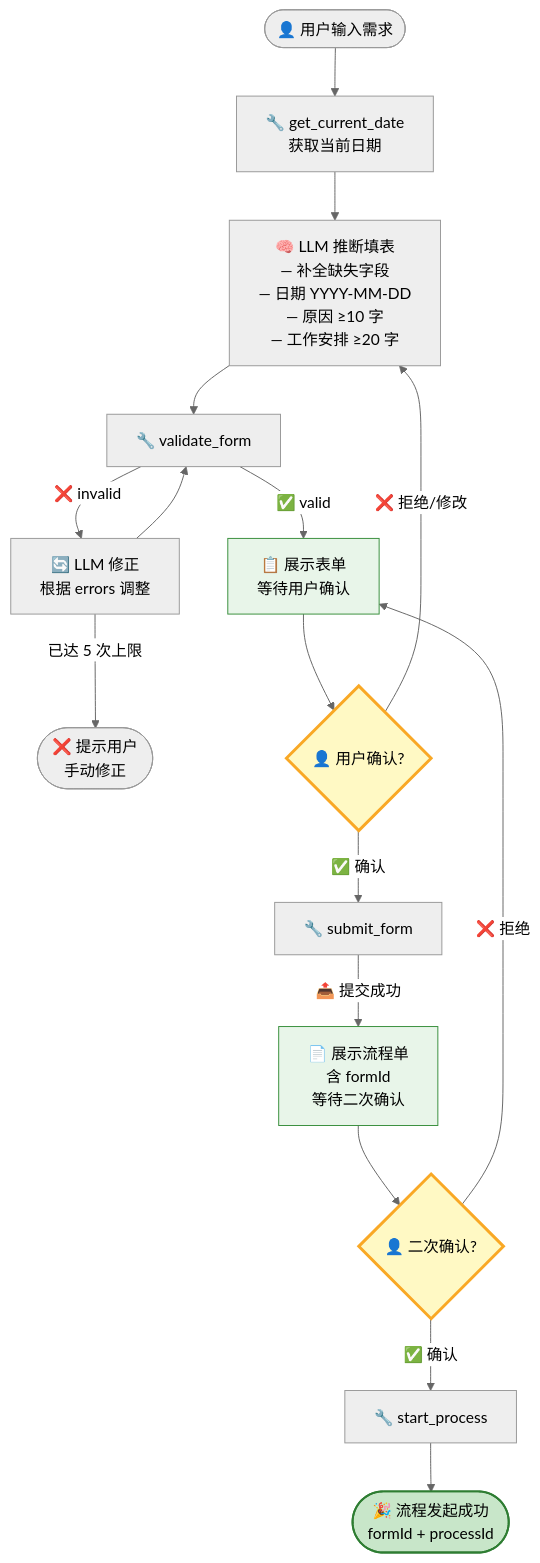
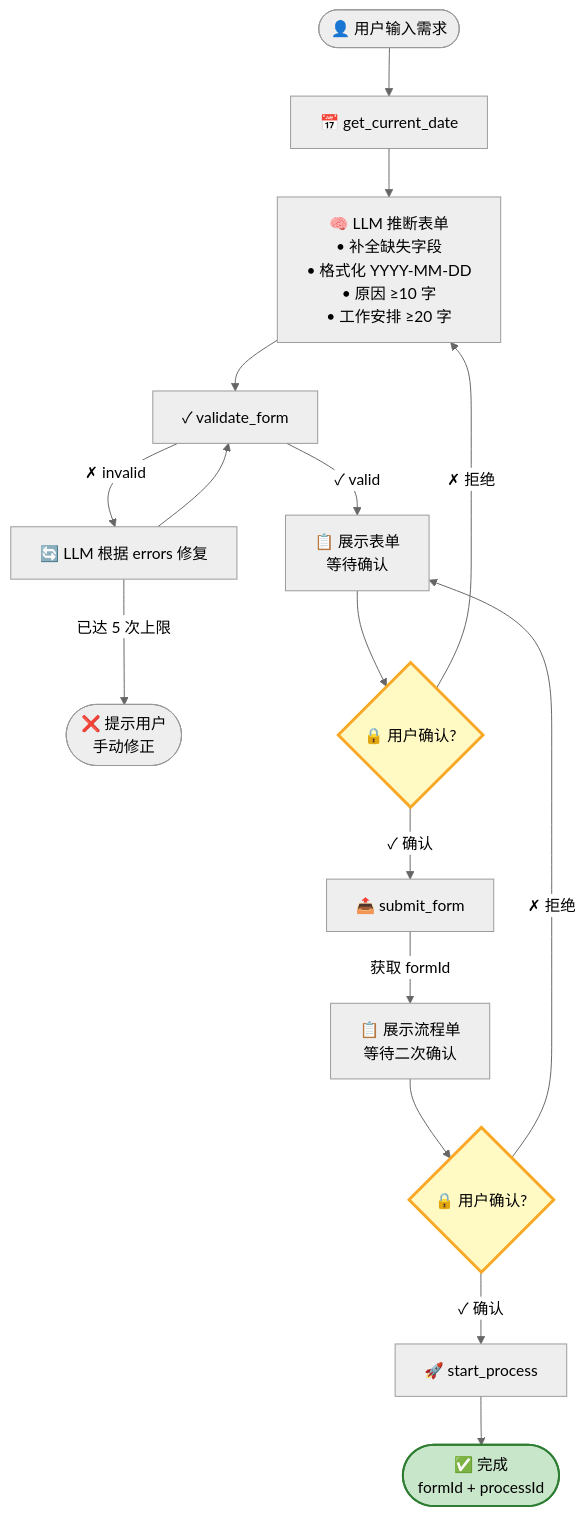
One commit to yjzaaa/leave-approval-agent changed the third of 4 diagrams in docs/DESIGN.md. Above: the diagram before and after it, drawn with Mermaid (neutral theme). The commit also changed other lines of this file, not shown here.

````diff
--- a/docs/DESIGN.md
+++ b/docs/DESIGN.md
@@ -132,29 +217,27 @@
 ```mermaid
 flowchart TD
-    Start(["👤 用户输入需求"]) --> GetDate["🔧 get_current_date<br/>获取当前日期"]
-    GetDate --> Infer["🧠 LLM 推断填表<br/>— 补全缺失字段<br/>— 日期 YYYY-MM-DD<br/>— 原因 ≥10 字<br/>— 工作安排 ≥20 字"]
+    Start(["👤 用户输入需求"]) --> GetDate["📅 get_current_date"]
+    GetDate --> Infer["🧠 LLM 推断表单<br/>• 补全缺失字段<br/>• 格式化 YYYY-MM-DD<br/>• 原因 ≥10 字<br/>• 工作安排 ≥20 字"]
 
-    Infer --> Validate["🔧 validate_form"]
+    Infer --> Validate["✓ validate_form"]
 
-    Validate -->|"❌ invalid"| Fix["🔄 LLM 修正<br/>根据 errors 调整"]
+    Validate -->|"✗ invalid"| Fix["🔄 LLM 根据 errors 修复"]
     Fix -->|"已达 5 次上限"| Fail(["❌ 提示用户<br/>手动修正"])
     Fix --> Validate
 
-    Validate -->|"✅ valid"| Show1["📋 展示表单<br/>等待用户确认"]
+    Validate -->|"✓ valid"| Show1["📋 展示表单<br/>等待确认"]
 
-    Show1 --> Confirm1{"👤 用户确认?"}
-    Confirm1 -->|"❌ 拒绝/修改"| Infer
-    Confirm1 -->|"✅ 确认"| Submit["🔧 submit_form"]
-    Submit -->|"📤 提交成功"| Show2["📄 展示流程单<br/>含 formId<br/>等待二次确认"]
+    Show1 --> Confirm1{"🔒 用户确认?"}
+    Confirm1 -->|"✗ 拒绝"| Infer
+    Confirm1 -->|"✓ 确认"| Submit["📤 submit_form"]
+    Submit -->|"获取 formId"| Show2["📋 展示流程单<br/>等待二次确认"]
 
-    Show2 --> Confirm2{"👤 二次确认?"}
-    Confirm2 -->|"❌ 拒绝"| Show1
-    Confirm2 -->|"✅ 确认"| StartProc["🔧 start_process"]
-    StartProc --> Done(["🎉 流程发起成功<br/>formId + processId"])
+    Show2 --> Confirm2{"🔒 用户确认?"}
+    Confirm2 -->|"✗ 拒绝"| Show1
+    Confirm2 -->|"✓ 确认"| StartProc["🚀 start_process"]
+    StartProc --> Done(["✅ 完成<br/>formId + processId"])
 
     style Confirm1 fill:#fff9c4,stroke:#f9a825,stroke-width:3px
     style Confirm2 fill:#fff9c4,stroke:#f9a825,stroke-width:3px
-    style Show1 fill:#e8f5e9,stroke:#388e3c
-    style Show2 fill:#e8f5e9,stroke:#388e3c
     style Done fill:#c8e6c9,stroke:#2e7d32,stroke-width:2px
 ```
````
